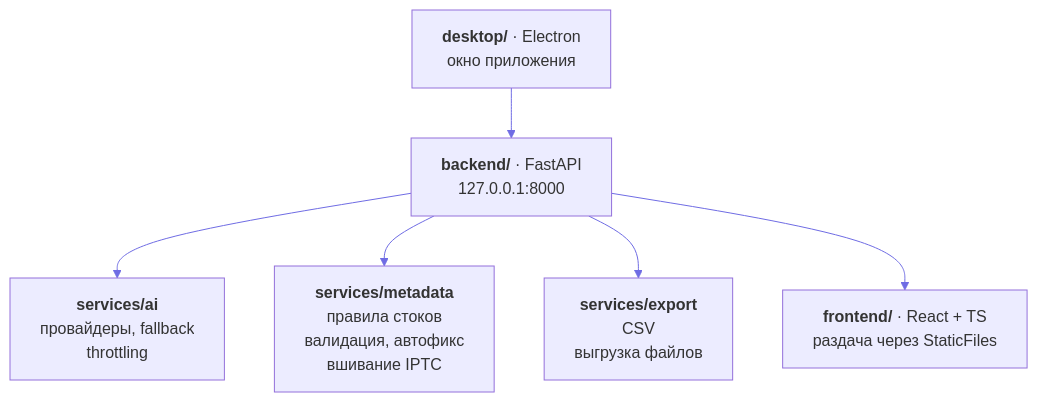
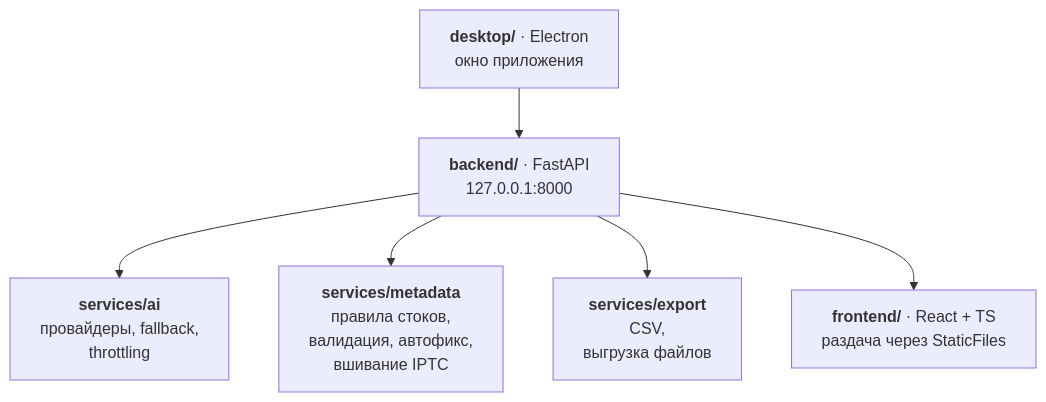
One commit to SlavaKlkv/photo_metadata_ai changed the diagram in README.md. Above: the diagram before and after it, drawn with Mermaid. The commit also changed 1 other file, not shown here.

Commit message:
docs: clarify README mermaid diagrams
Переносы в узлах flowchart и короткая подпись про x86_64 срез и
раскладку backend-бинарников, чтобы схемы лучше читались в рендере.

````diff
--- a/README.md
+++ b/README.md
@@ -66,10 +66,9 @@
 ```mermaid
-%%{init: {"themeVariables": {"lineColor": "#6f6ce4"}}}%%
 flowchart TB
   E["<b>desktop/</b> · Electron<br/>окно приложения"] --> B["<b>backend/</b> · FastAPI<br/>127.0.0.1:8000"]
 
-  B --> AI["<b>services/ai</b><br/>провайдеры, fallback<br/>throttling"]
-  B --> META["<b>services/metadata</b><br/>правила стоков<br/>валидация, автофикс<br/>вшивание IPTC"]
-  B --> EXP["<b>services/export</b><br/>CSV<br/>выгрузка файлов"]
+  B --> AI["<b>services/ai</b><br/>провайдеры, fallback,<br/>throttling"]
+  B --> META["<b>services/metadata</b><br/>правила стоков,<br/>валидация, автофикс,<br/>вшивание IPTC"]
+  B --> EXP["<b>services/export</b><br/>CSV,<br/>выгрузка файлов"]
   B --> UI["<b>frontend/</b> · React + TS<br/>раздача через StaticFiles"]
 ```
````
